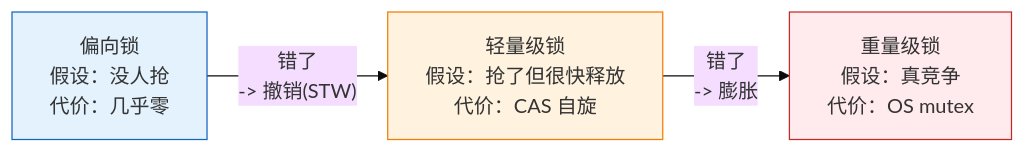
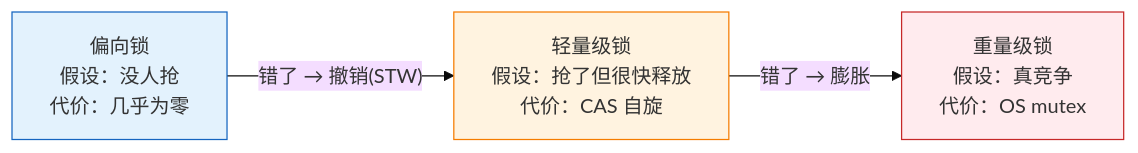
Before and after one commit to guozy502/my-tech-blog: the sixth of 6 diagrams in content/posts/并发编程/synchronized锁升级全链路——从对象头到重量级锁.md, drawn with Mermaid (base theme). The commit also changed other lines of this file and 52 other files, not shown here.

````diff
--- a/content/posts/并发编程/synchronized锁升级全链路——从对象头到重量级锁.md
+++ b/content/posts/并发编程/synchronized锁升级全链路——从对象头到重量级锁.md
@@ -324,9 +381,9 @@
 ```mermaid
 flowchart LR
-    A["偏向锁\n假设：没人抢\n代价：几乎零"] -->|"错了\n-> 撤销(STW)"| B["轻量级锁\n假设：抢了但很快释放\n代价：CAS 自旋"]
-    B -->|"错了\n-> 膨胀"| C["重量级锁\n假设：真竞争\n代价：OS mutex"]
+    A["偏向锁\n假设：没人抢\n代价：几乎为零"] -->|"错了 → 撤销(STW)"| B["轻量级锁\n假设：抢了但很快释放\n代价：CAS 自旋"]
+    B -->|"错了 → 膨胀"| C["重量级锁\n假设：真竞争\n代价：OS mutex"]
     
     style A fill:#e3f2fd,stroke:#1565c0
     style B fill:#fff3e0,stroke:#f57c00
     style C fill:#ffebee,stroke:#c62828
 ```
````
